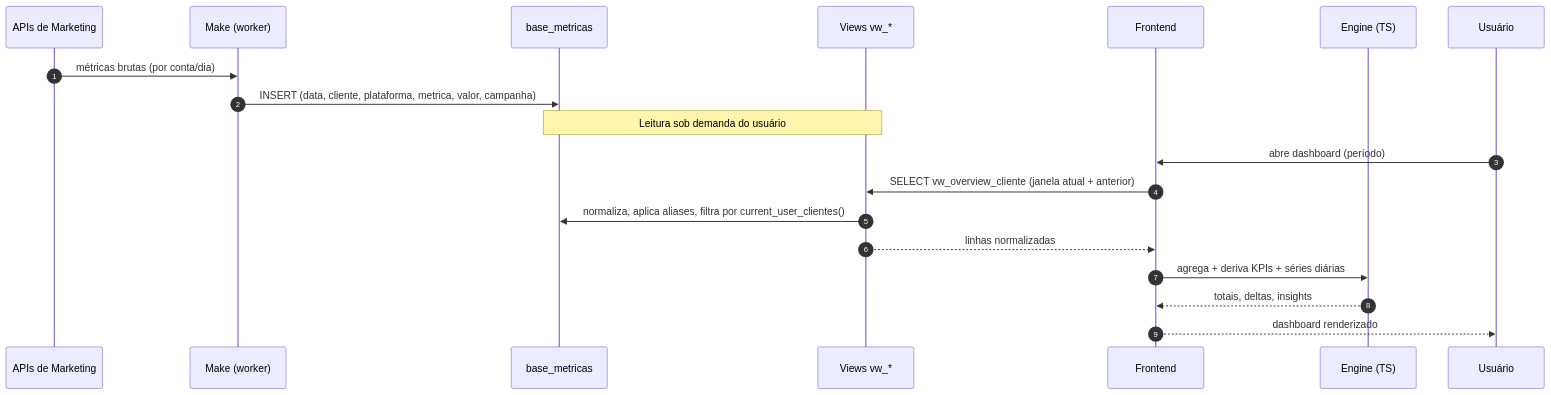
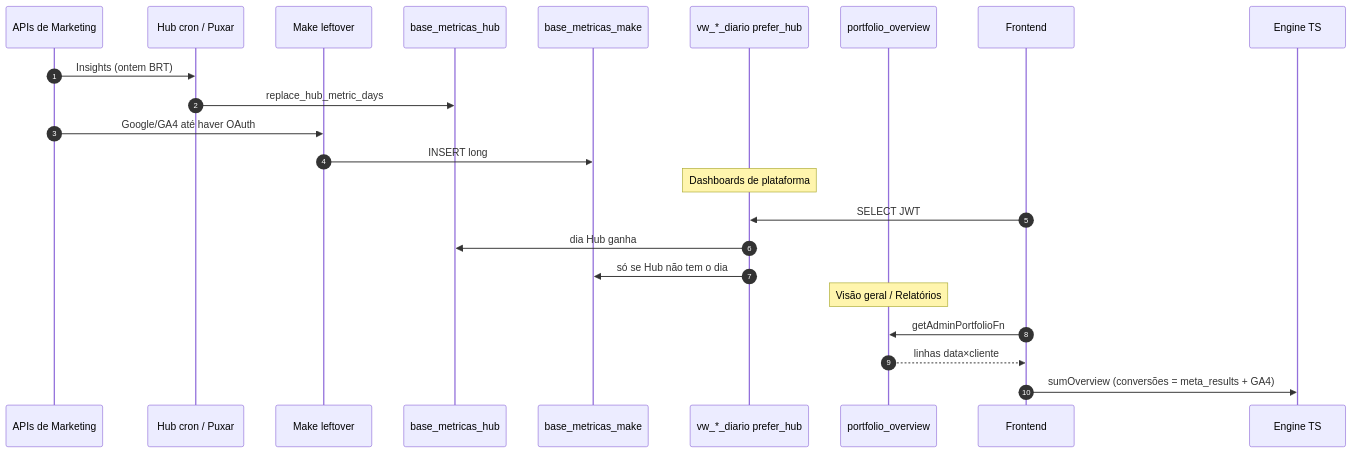
Before and after one commit to Lots-BI/supabase-magic-portal: the first of 4 diagrams in docs/02-architecture/data-flow.md, drawn with Mermaid. The commit also changed other lines of this file and 57 other files, not shown here.

First line of the commit message:
fix: alinhar Resultados do Meta Ads ao Gerenciador e listar as métricas oficiais

````diff
--- a/docs/02-architecture/data-flow.md
+++ b/docs/02-architecture/data-flow.md
@@ -16,22 +15,26 @@
 ```mermaid
 sequenceDiagram
     autonumber
     participant API as APIs de Marketing
-    participant Make as Make (worker)
-    participant BM as base_metricas
-    participant V as Views vw_*
+    participant Hub as Hub cron / Puxar
+    participant Make as Make leftover
+    participant H as base_metricas_hub
+    participant M as base_metricas_make
+    participant V as vw_*_diario prefer_hub
+    participant RPC as portfolio_overview
     participant FE as Frontend
-    participant ENG as Engine (TS)
-    participant U as Usuário
+    participant ENG as Engine TS
 
-    API->>Make: métricas brutas (por conta/dia)
-    Make->>BM: INSERT (data, cliente, plataforma, metrica, valor, campanha)
-    Note over BM,V: Leitura sob demanda do usuário
-    U->>FE: abre dashboard (período)
-    FE->>V: SELECT vw_overview_cliente (janela atual + anterior)
-    V->>BM: normaliza, aplica aliases, filtra por current_user_clientes()
-    V-->>FE: linhas normalizadas
-    FE->>ENG: agrega + deriva KPIs + séries diárias
-    ENG-->>FE: totais, deltas, insights
-    FE-->>U: dashboard renderizado
+    API->>Hub: Insights (ontem BRT)
+    Hub->>H: replace_hub_metric_days
+    API->>Make: Google/GA4 até haver OAuth
+    Make->>M: INSERT long
+    Note over V: Dashboards de plataforma
+    FE->>V: SELECT JWT
+    V->>H: dia Hub ganha
+    V->>M: só se Hub não tem o dia
+    Note over RPC: Visão geral / Relatórios
+    FE->>RPC: getAdminPortfolioFn
+    RPC-->>FE: linhas data×cliente
+    FE->>ENG: sumOverview (conversões = meta_results + GA4)
 ```
````
